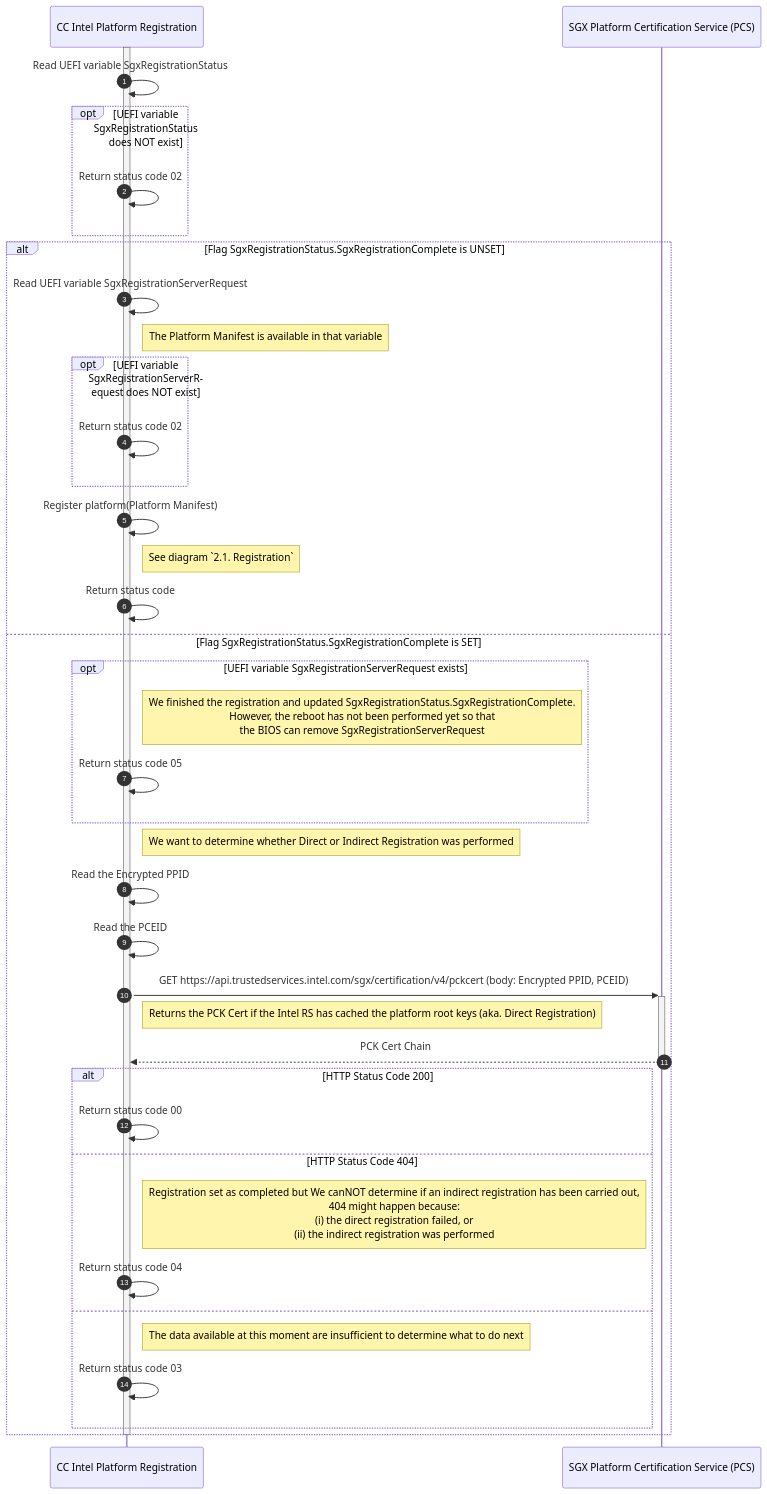
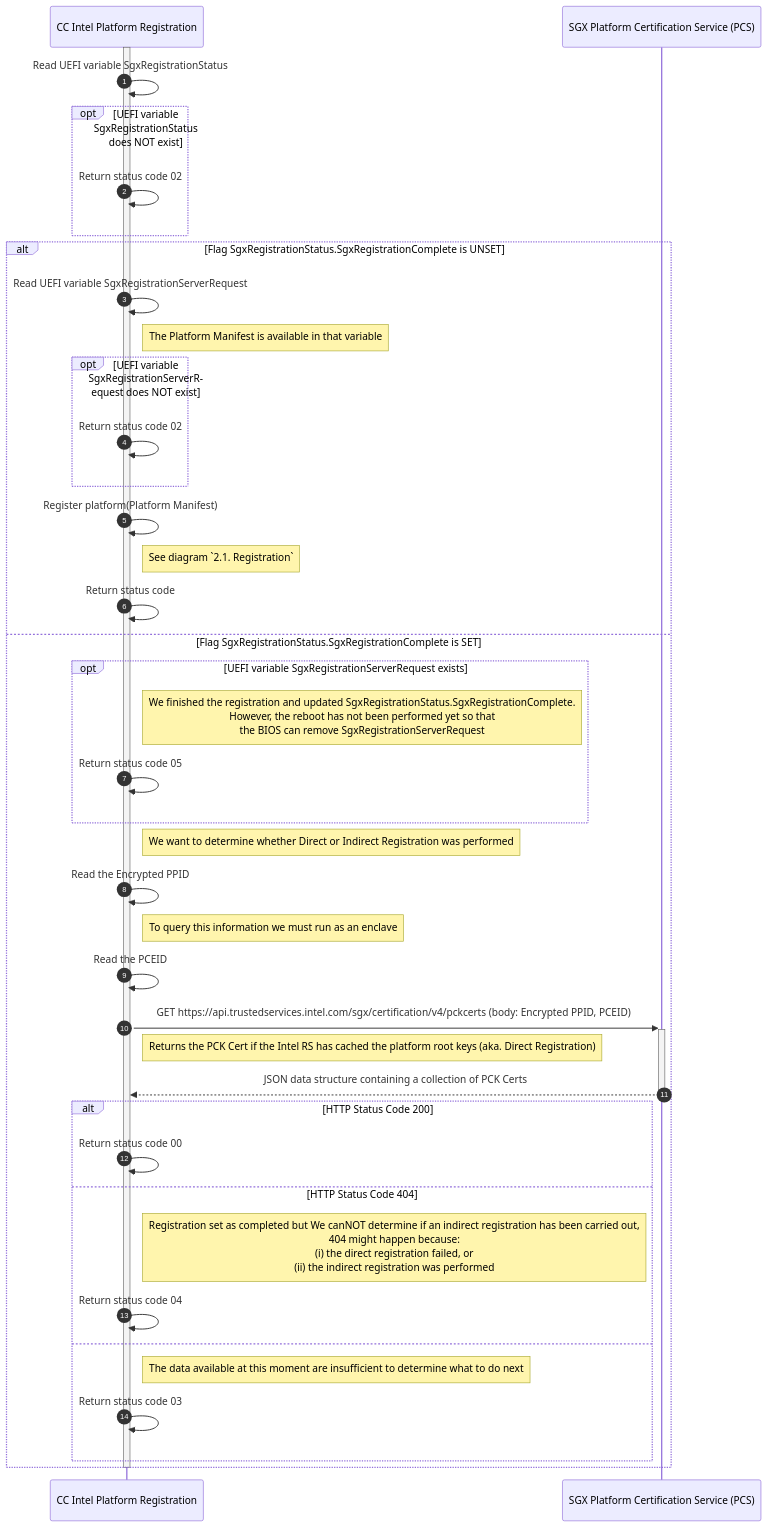
Before and after one commit to opensovereigncloud/cc-intel-platform-registration: the second of 3 diagrams in docs/sequence_diagrams/registration.md, drawn with Mermaid.

Commit message:
add enclave support

````diff
--- a/docs/sequence_diagrams/registration.md
+++ b/docs/sequence_diagrams/registration.md
@@ -82,56 +82,57 @@
 ```mermaid
 sequenceDiagram
     participant cc_ipr as CC Intel Platform Registration
     participant pcs as SGX Platform Certification Service (PCS)
 
     autonumber
 
     activate cc_ipr
 
     cc_ipr->>cc_ipr: Read UEFI variable SgxRegistrationStatus
 
     opt UEFI variable SgxRegistrationStatus does NOT exist
         cc_ipr->>cc_ipr: Return status code 02
     end
 
     alt Flag SgxRegistrationStatus.SgxRegistrationComplete is UNSET 
         cc_ipr->>cc_ipr: Read UEFI variable SgxRegistrationServerRequest
         note right of cc_ipr: The Platform Manifest is available in that variable
 
         opt UEFI variable SgxRegistrationServerRequest does NOT exist
             cc_ipr->>cc_ipr: Return status code 02
         end
 
         cc_ipr->>cc_ipr: Register platform(Platform Manifest)
         note right of cc_ipr: See diagram `2.1. Registration`
 
         cc_ipr->>cc_ipr: Return status code
 
     else Flag SgxRegistrationStatus.SgxRegistrationComplete is SET
         opt UEFI variable SgxRegistrationServerRequest exists
             note right of cc_ipr: We finished the registration and updated SgxRegistrationStatus.SgxRegistrationComplete.<br> However, the reboot has not been performed yet so that<br> the BIOS can remove SgxRegistrationServerRequest
             cc_ipr->>cc_ipr: Return status code 05
         end
 
         note right of cc_ipr: We want to determine whether Direct or Indirect Registration was performed
         cc_ipr->>cc_ipr: Read the Encrypted PPID
+        note right of cc_ipr: To query this information we must run as an enclave
 
         cc_ipr->>cc_ipr: Read the PCEID
 
-        cc_ipr->>+pcs: GET https://api.trustedservices.intel.com/sgx/certification/v4/pckcert (body: Encrypted PPID, PCEID)
+        cc_ipr->>+pcs: GET https://api.trustedservices.intel.com/sgx/certification/v4/pckcerts (body: Encrypted PPID, PCEID)
             note right of cc_ipr: Returns the PCK Cert if the Intel RS has cached the platform root keys (aka. Direct Registration)
-        pcs-->>-cc_ipr: PCK Cert Chain
+        pcs-->>-cc_ipr: JSON data structure containing a collection of PCK Certs
 
         alt HTTP Status Code 200
             cc_ipr->>cc_ipr: Return status code 00
         else HTTP Status Code 404
             note right of cc_ipr: Registration set as completed but We canNOT determine if an indirect registration has been carried out,<br> 404 might happen because:<br> (i) the direct registration failed, or<br> (ii) the indirect registration was performed
             cc_ipr->>cc_ipr: Return status code 04
         else
             note right of cc_ipr: The data available at this moment are insufficient to determine what to do next
             cc_ipr->>cc_ipr: Return status code 03
         end     
     end
 
     deactivate cc_ipr
 ```
````
